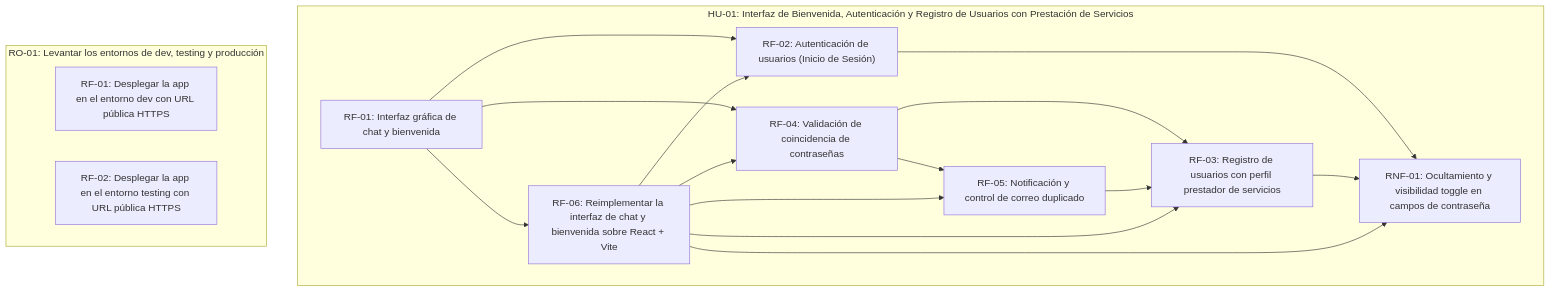
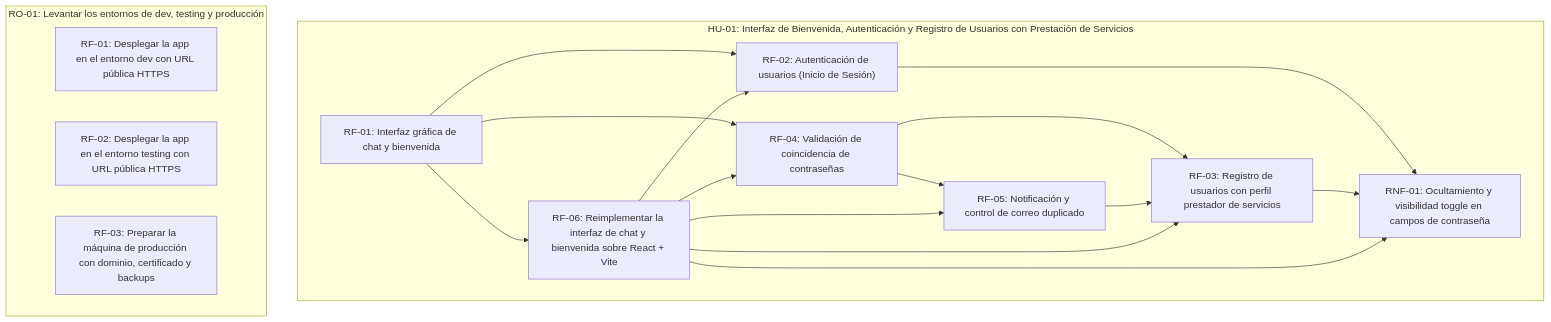
Before and after one commit to fiemcasals/refactoryProfesionales: the diagram in scrumDocs/grafo.md, drawn with Mermaid. The commit also changed other lines of this file, not shown here.

````diff
--- a/scrumDocs/grafo.md
+++ b/scrumDocs/grafo.md
@@ -5,29 +5,30 @@
 ```mermaid
 graph TD
   subgraph US_1785510643692["HU-01: Interfaz de Bienvenida, Autenticación y Registro de Usuarios con Prestación de Servicios"]
     REQ_1785771199977["RF-01: Interfaz gráfica de chat y bienvenida"]
     REQ_1785771214294["RF-02: Autenticación de usuarios (Inicio de Sesión)"]
     REQ_1785771214393["RF-03: Registro de usuarios con perfil prestador de servicios"]
     REQ_1785771214462["RF-04: Validación de coincidencia de contraseñas"]
     REQ_1785771214528["RF-05: Notificación y control de correo duplicado"]
     REQ_1785771214595["RNF-01: Ocultamiento y visibilidad toggle en campos de contraseña"]
     REQ_1790685849827["RF-06: Reimplementar la interfaz de chat y bienvenida sobre React + Vite"]
   end
   subgraph US_1790688869961["RO-01: Levantar los entornos de dev, testing y producción"]
     REQ_1790688869968["RF-01: Desplegar la app en el entorno dev con URL pública HTTPS"]
     REQ_1790688952068["RF-02: Desplegar la app en el entorno testing con URL pública HTTPS"]
+    REQ_1790688965165["RF-03: Preparar la máquina de producción con dominio, certificado y backups"]
   end
   REQ_1785771199977 --> REQ_1785771214294
   REQ_1790685849827 --> REQ_1785771214294
   REQ_1785771214462 --> REQ_1785771214393
   REQ_1785771214528 --> REQ_1785771214393
   REQ_1790685849827 --> REQ_1785771214393
   REQ_1785771199977 --> REQ_1785771214462
   REQ_1790685849827 --> REQ_1785771214462
   REQ_1785771214462 --> REQ_1785771214528
   REQ_1790685849827 --> REQ_1785771214528
   REQ_1785771214294 --> REQ_1785771214595
   REQ_1785771214393 --> REQ_1785771214595
   REQ_1790685849827 --> REQ_1785771214595
   REQ_1785771199977 --> REQ_1790685849827
 ```
````
